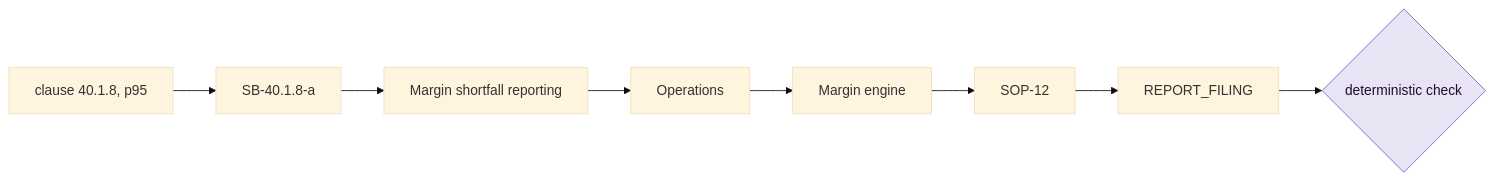
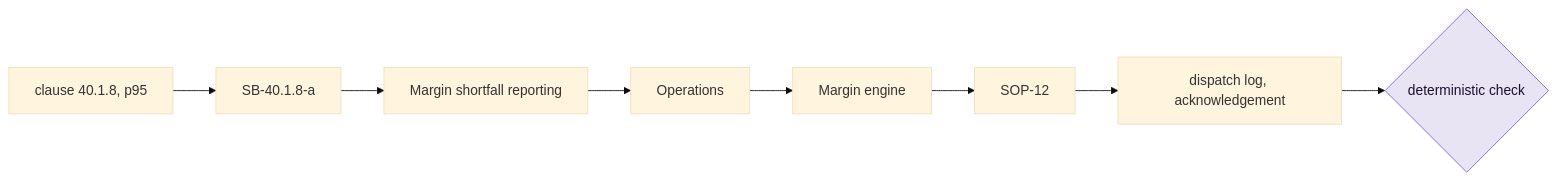
The tenth of 12 diagrams in README.md (yerramsettysuchita/sanhita), drawn with Mermaid (base theme) before and after one commit. The commit also changed other lines of this file, not shown here.

````diff
--- a/README.md
+++ b/README.md
@@ -753,12 +636,12 @@
 ```mermaid
 flowchart LR
     CL["clause 40.1.8, p95"] --> OB["SB-40.1.8-a"]
     OB --> PR[Margin shortfall reporting]
     PR --> FN[Operations]
     FN --> SY[Margin engine]
     SY --> CT[SOP-12]
-    CT --> EV[REPORT_FILING]
+    CT --> EV[dispatch log, acknowledgement]
     EV --> CK{deterministic check}
 
     style CK fill:#E8E4F3,stroke:#7C5CD6,color:#1a1030
 ```
````
